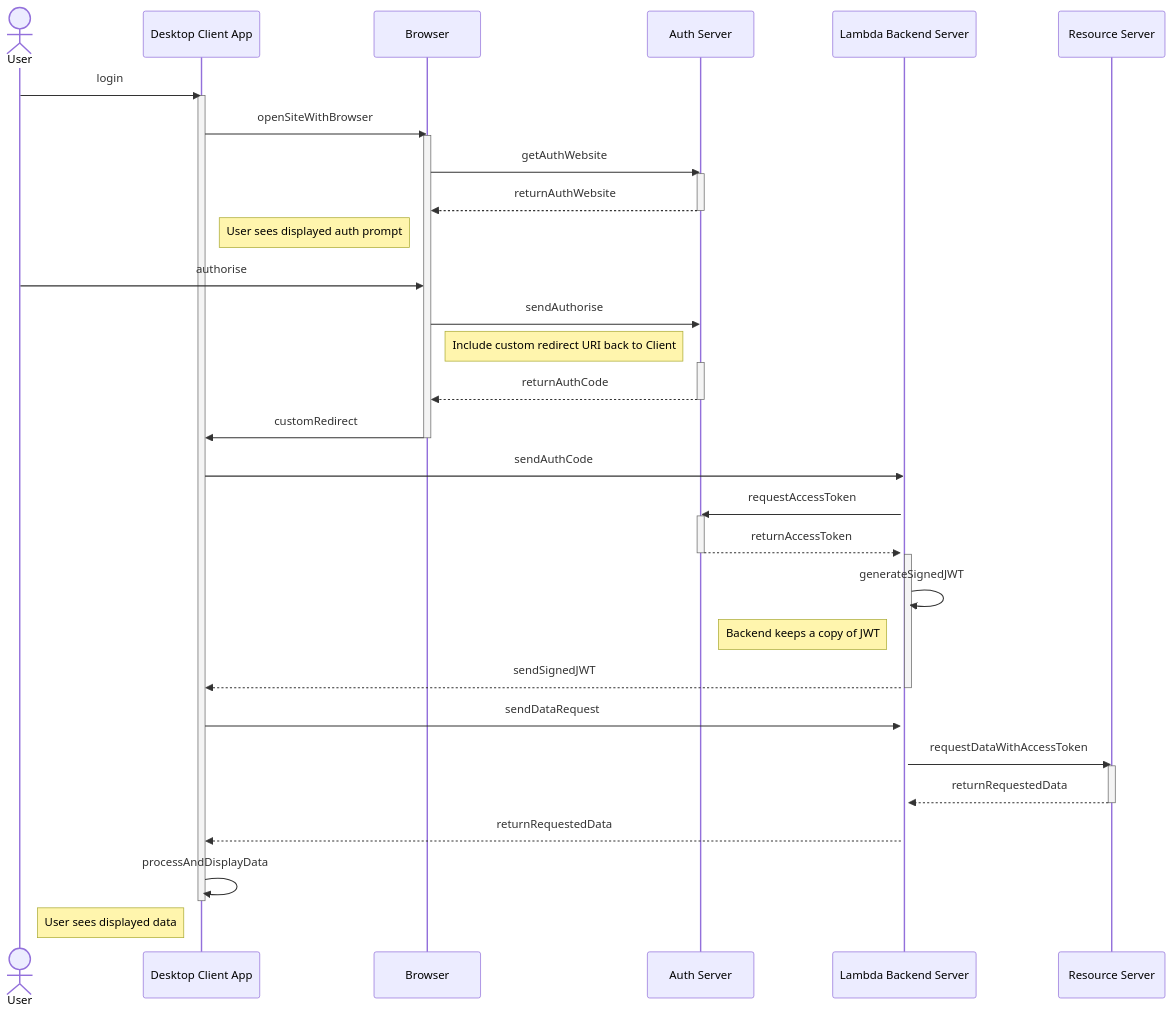
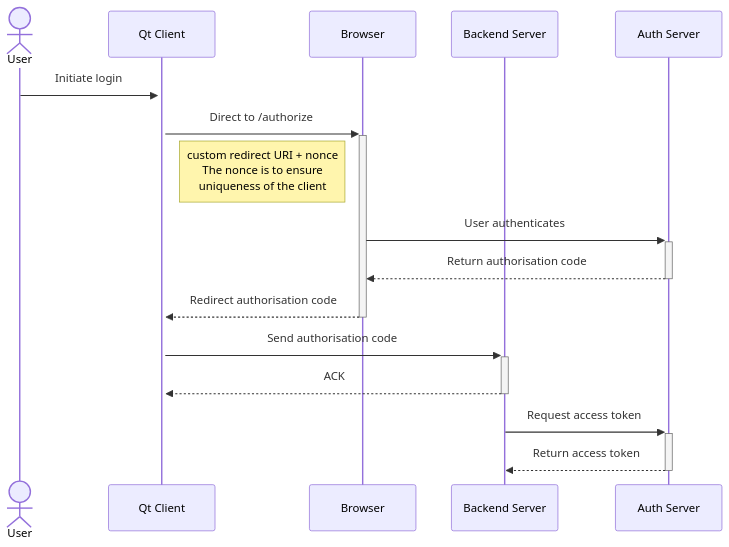
Before and after one commit to Craftarc/axel: the diagram in docs/oauth.mermaid, drawn with Mermaid. The commit also changed other lines of this file, not shown here.

Commit message:
Make oauth mermaid shorter

```diff
--- a/docs/oauth.mermaid
+++ b/docs/oauth.mermaid
@@ -1,45 +1,17 @@
 sequenceDiagram
     actor User as User
-    participant Client as Desktop Client App
-		participant Browser as Browser
-    participant Auth as Auth Server
-    participant Backend as Lambda Backend Server
-    participant Resource as Resource Server
+    participant Client as Qt Client
+    participant Browser as Browser
+    participant Backend as Backend Server
+	participant Auth as Auth Server
 
-    User->>Client: login
-		activate Client
-		Client->>Browser: openSiteWithBrowser
-		activate Browser
-		Browser->>Auth: getAuthWebsite
-		activate Auth
-		Auth-->>Browser: returnAuthWebsite
-		deactivate Auth
-		Note left of Browser: User sees displayed auth prompt
-		User->>Browser: authorise
-		Browser->>Auth: sendAuthorise
-		Note right of Browser: Include custom redirect URI back to Client
-		activate Auth
-		Auth-->>Browser: returnAuthCode
-		deactivate Auth
-		Browser->>Client: customRedirect
-		deactivate Browser
-		Client->>Backend: sendAuthCode
-		activate Backend
-		Backend->>Auth: requestAccessToken
-		activate Auth
-		Auth-->>Backend: returnAccessToken
-		deactivate Auth
-		activate Backend
-		Backend->>Backend: generateSignedJWT
-		Note left of Backend: Backend keeps a copy of JWT
-		Backend-->>Client: sendSignedJWT
-		deactivate Backend
-		Client->>Backend: sendDataRequest
-		Backend->>Resource: requestDataWithAccessToken
-		activate Resource
-		Resource-->>Backend: returnRequestedData
-		deactivate Resource
-		Backend-->>Client: returnRequestedData
-		Client->>Client: processAndDisplayData
-		deactivate Client
-		Note left of Client: User sees displayed data
+	User->>+Client: Initiate login
+	Client->>+Browser: Direct to /authorize
+	Note right of Client: custom redirect URI + nonce<br/>The nonce is to ensure<br/>uniqueness of the client
+	Browser->>+Auth: User authenticates
+	Auth-->>-Browser: Return authorisation code
+	Browser-->>-Client: Redirect authorisation code
+	Client->>+Backend: Send authorisation code
+	Backend-->>-Client: ACK
+	Backend->>+Auth: Request access token
+	Auth-->>-Backend: Return access token
```
